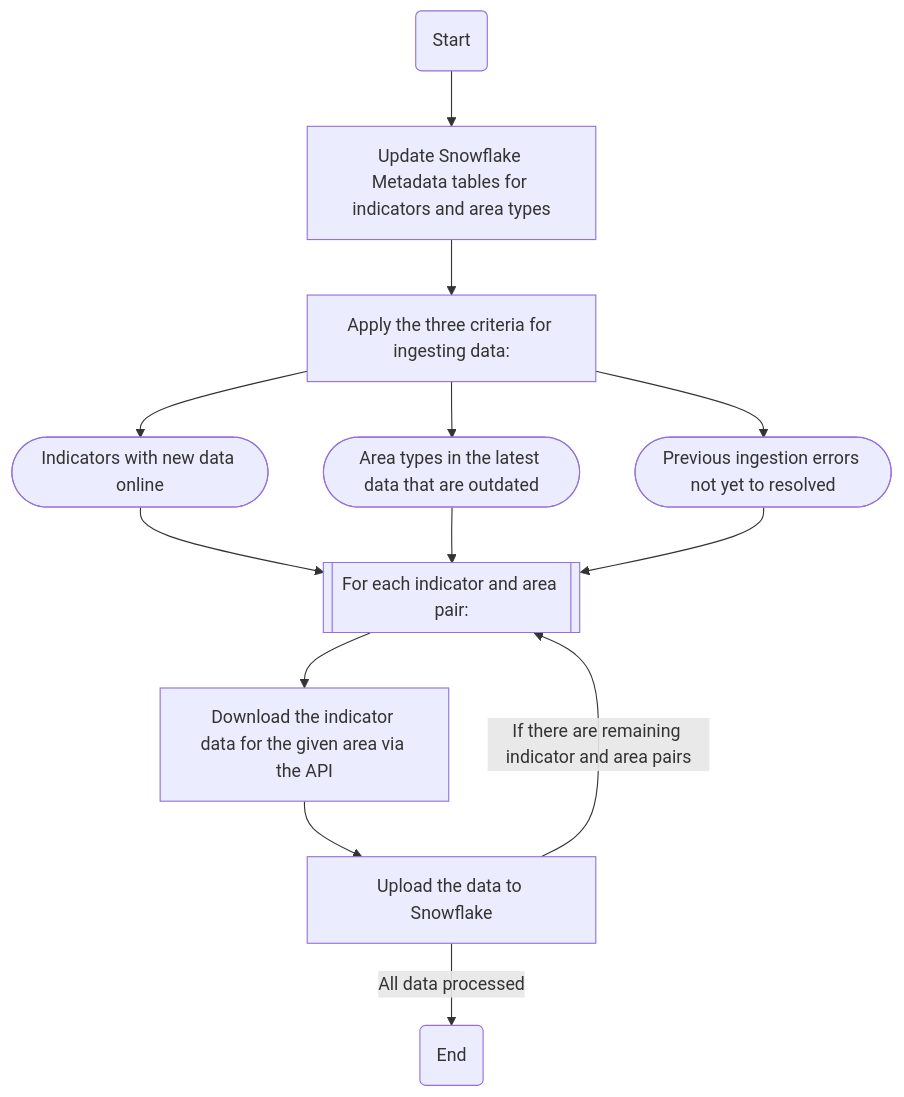
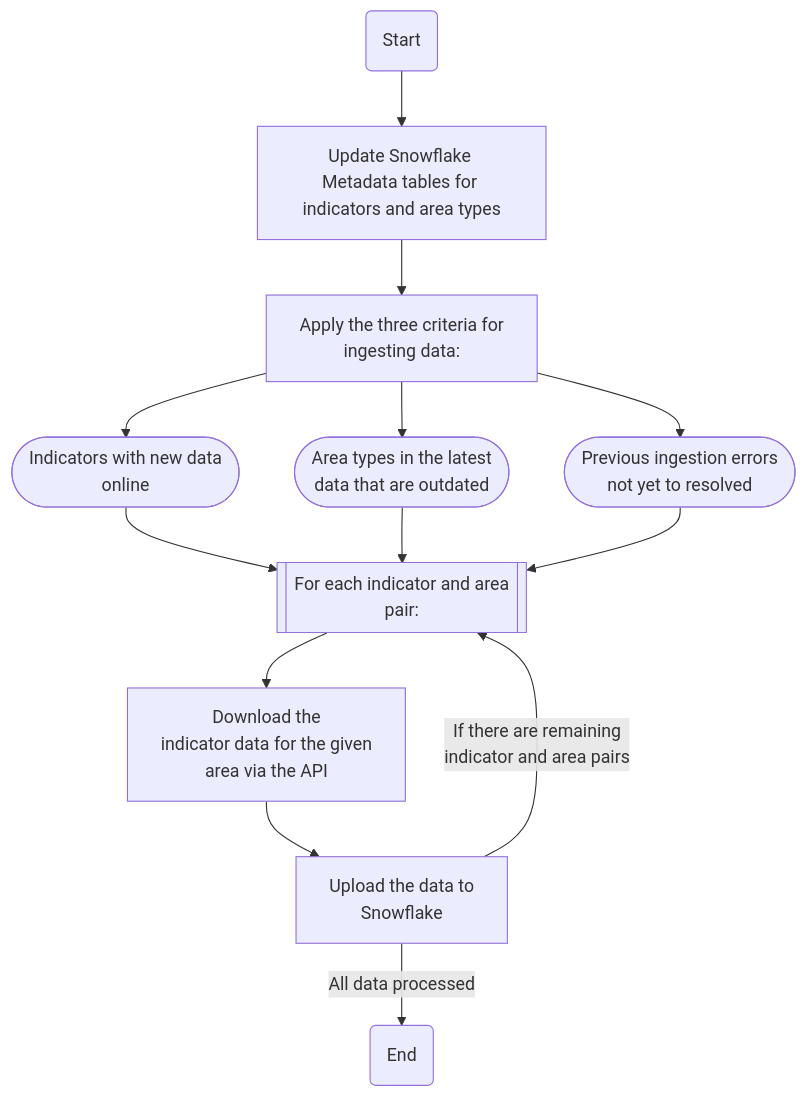
Before and after one commit to ncl-cancer-alliance/cancer_fingertips: the diagram in README.md, drawn with Mermaid.

Commit message:
Update README.md
Added line breaks to mermaid diagram so it displays correctly on GitHub

````diff
--- a/README.md
+++ b/README.md
@@ -28,15 +28,24 @@
 ```mermaid
 flowchart TB
     A(Start) --> B[Update Snowflake Metadata tables for indicators and area types]
-    B --> C[Apply the three criteria for ingesting data:]
-    C --> C0([Indicators with new data online])
-    C --> C1([Area types in the latest data that are outdated])
-    C --> C2([Previous ingestion errors not yet to resolved])
-    C0 --> D[[For each indicator and area pair:]]
+    B --> C[Apply the three criteria for
+    ingesting data:]
+    C --> C0([Indicators with new data 
+    online])
+    C --> C1([Area types in the latest 
+    data that are outdated])
+    C --> C2([Previous ingestion errors 
+    not yet to resolved])
+    C0 --> D[[For each indicator and area 
+    pair:]]
     C1 --> D
     C2 --> D
-    D --> E[Download the indicator data for the given area via the API]
-    E --> F[Upload the data to Snowflake]
-    F --> |If there are remaining indicator and area pairs| D
+    D --> E[Download the 
+    indicator data for the given 
+    area via the API]
+    E --> F[Upload the data to 
+    Snowflake]
+    F --> |If there are remaining 
+    indicator and area pairs| D
     F --> |All data processed| Z(End)
 ```
````
